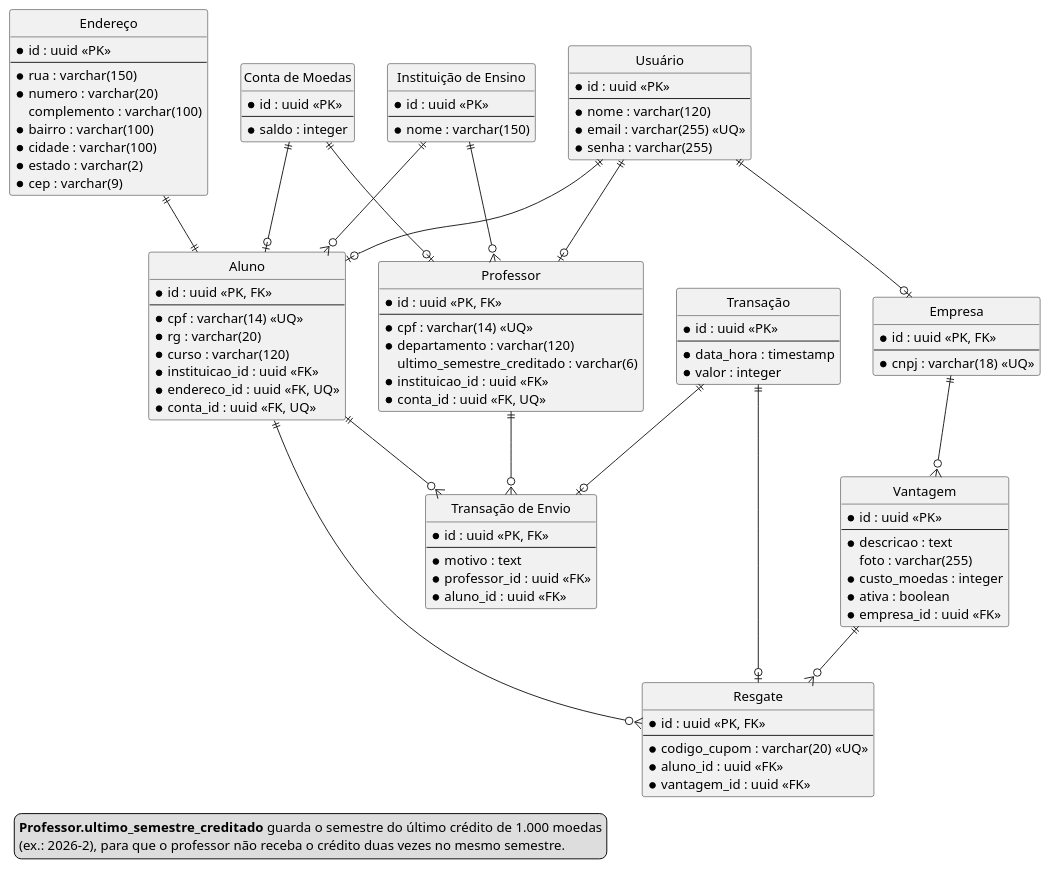
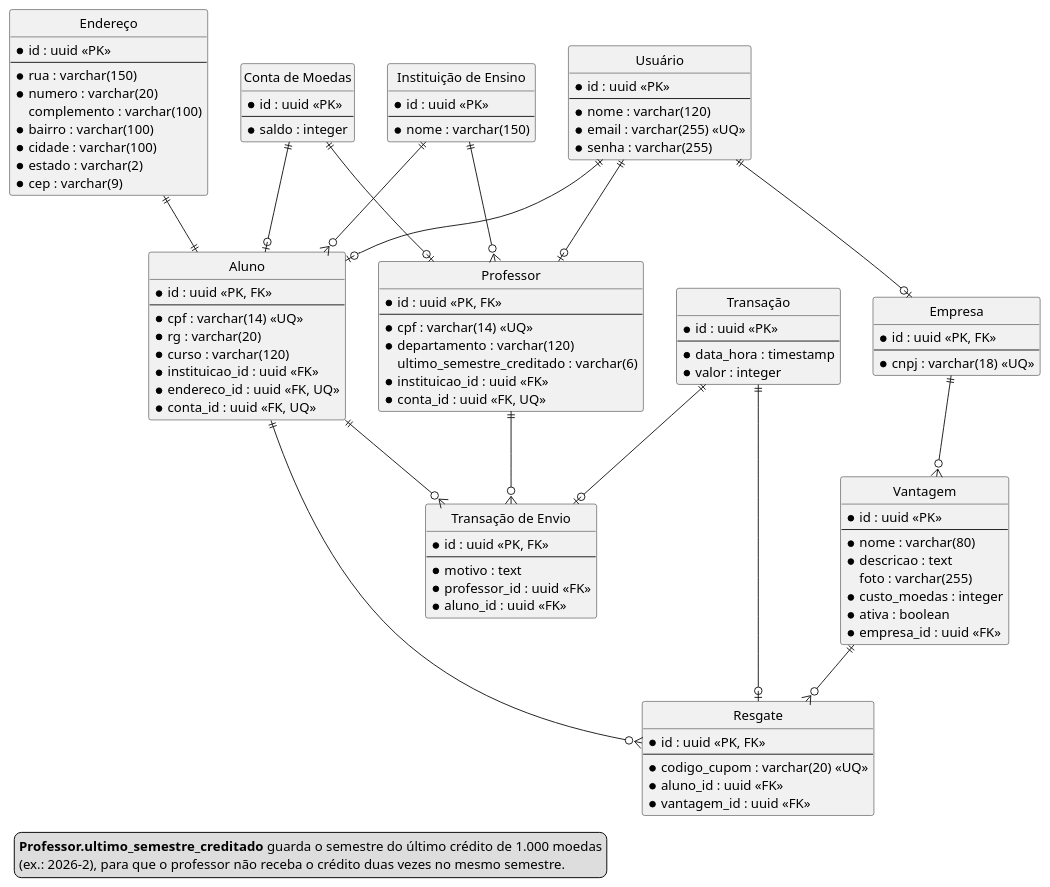
Before and after one commit to brunokilo/lab03-projetoSoftware: the diagram in docs/diagramas/der.puml, drawn with PlantUML. The commit also changed 4 other files, not shown here.

Commit message:
docs: permissões por perfil, rotas de vantagens e nome da vantagem nos diagramas

```diff
--- a/docs/diagramas/der.puml
+++ b/docs/diagramas/der.puml
@@ -1,123 +1,124 @@
 @startuml
 hide circle
 hide methods
 
 entity "Usuário" as Usuario {
   * id : uuid <<PK>>
   --
   * nome : varchar(120)
   * email : varchar(255) <<UQ>>
   * senha : varchar(255)
 }
 
 entity Aluno {
   * id : uuid <<PK, FK>>
   --
   * cpf : varchar(14) <<UQ>>
   * rg : varchar(20)
   * curso : varchar(120)
   * instituicao_id : uuid <<FK>>
   * endereco_id : uuid <<FK, UQ>>
   * conta_id : uuid <<FK, UQ>>
 }
 
 entity Professor {
   * id : uuid <<PK, FK>>
   --
   * cpf : varchar(14) <<UQ>>
   * departamento : varchar(120)
   ultimo_semestre_creditado : varchar(6)
   * instituicao_id : uuid <<FK>>
   * conta_id : uuid <<FK, UQ>>
 }
 
 entity Empresa {
   * id : uuid <<PK, FK>>
   --
   * cnpj : varchar(18) <<UQ>>
 }
 
 entity "Instituição de Ensino" as InstituicaoEnsino {
   * id : uuid <<PK>>
   --
   * nome : varchar(150)
 }
 
 entity "Endereço" as Endereco {
   * id : uuid <<PK>>
   --
   * rua : varchar(150)
   * numero : varchar(20)
   complemento : varchar(100)
   * bairro : varchar(100)
   * cidade : varchar(100)
   * estado : varchar(2)
   * cep : varchar(9)
 }
 
 entity "Conta de Moedas" as ContaMoedas {
   * id : uuid <<PK>>
   --
   * saldo : integer
 }
 
 entity Vantagem {
   * id : uuid <<PK>>
   --
+  * nome : varchar(80)
   * descricao : text
   foto : varchar(255)
   * custo_moedas : integer
   * ativa : boolean
   * empresa_id : uuid <<FK>>
 }
 
 entity "Transação" as Transacao {
   * id : uuid <<PK>>
   --
   * data_hora : timestamp
   * valor : integer
 }
 
 entity "Transação de Envio" as TransacaoEnvio {
   * id : uuid <<PK, FK>>
   --
   * motivo : text
   * professor_id : uuid <<FK>>
   * aluno_id : uuid <<FK>>
 }
 
 entity Resgate {
   * id : uuid <<PK, FK>>
   --
   * codigo_cupom : varchar(20) <<UQ>>
   * aluno_id : uuid <<FK>>
   * vantagem_id : uuid <<FK>>
 }
 
 Usuario ||--o| Aluno
 Usuario ||--o| Professor
 Usuario ||--o| Empresa
 
 InstituicaoEnsino ||--o{ Aluno
 InstituicaoEnsino ||--o{ Professor 
 Endereco ||--|| Aluno
 
 ContaMoedas ||--o| Aluno
 ContaMoedas ||--o| Professor
 
 Transacao ||--o| TransacaoEnvio
 Transacao ||--o| Resgate
 
 Professor ||--o{ TransacaoEnvio
 Aluno ||--o{ TransacaoEnvio
 
 Aluno ||--o{ Resgate
 Vantagem ||--o{ Resgate
 
 Empresa ||--o{ Vantagem
 
 legend bottom left
   **Professor.ultimo_semestre_creditado** guarda o semestre do último crédito de 1.000 moedas
   (ex.: 2026-2), para que o professor não receba o crédito duas vezes no mesmo semestre.
 endlegend
 @enduml
```
